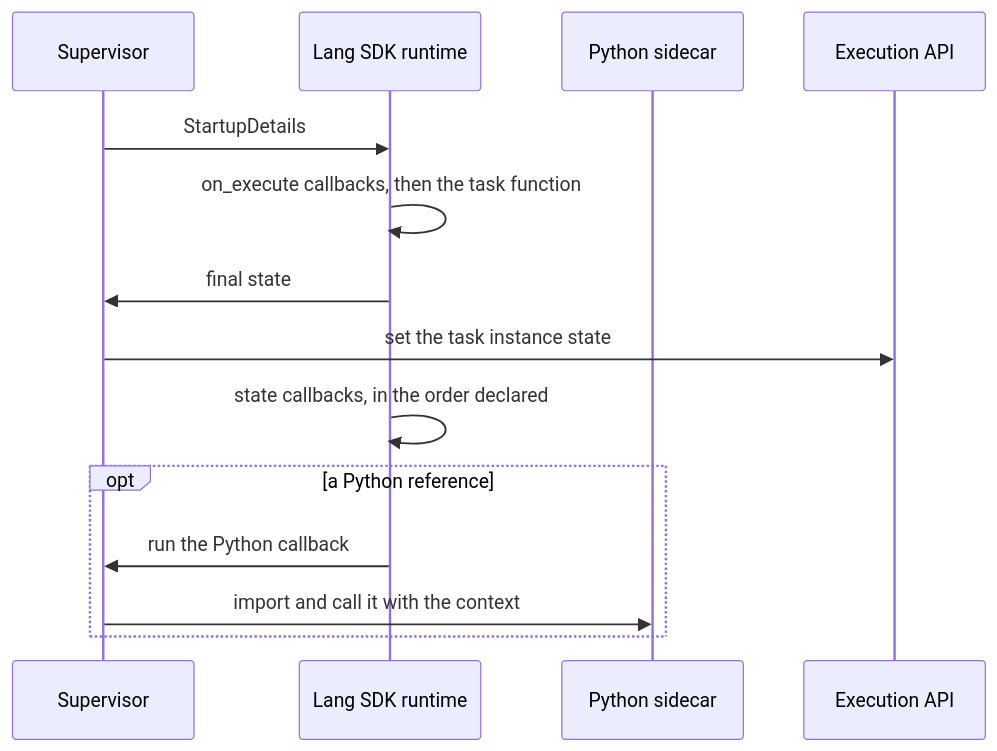
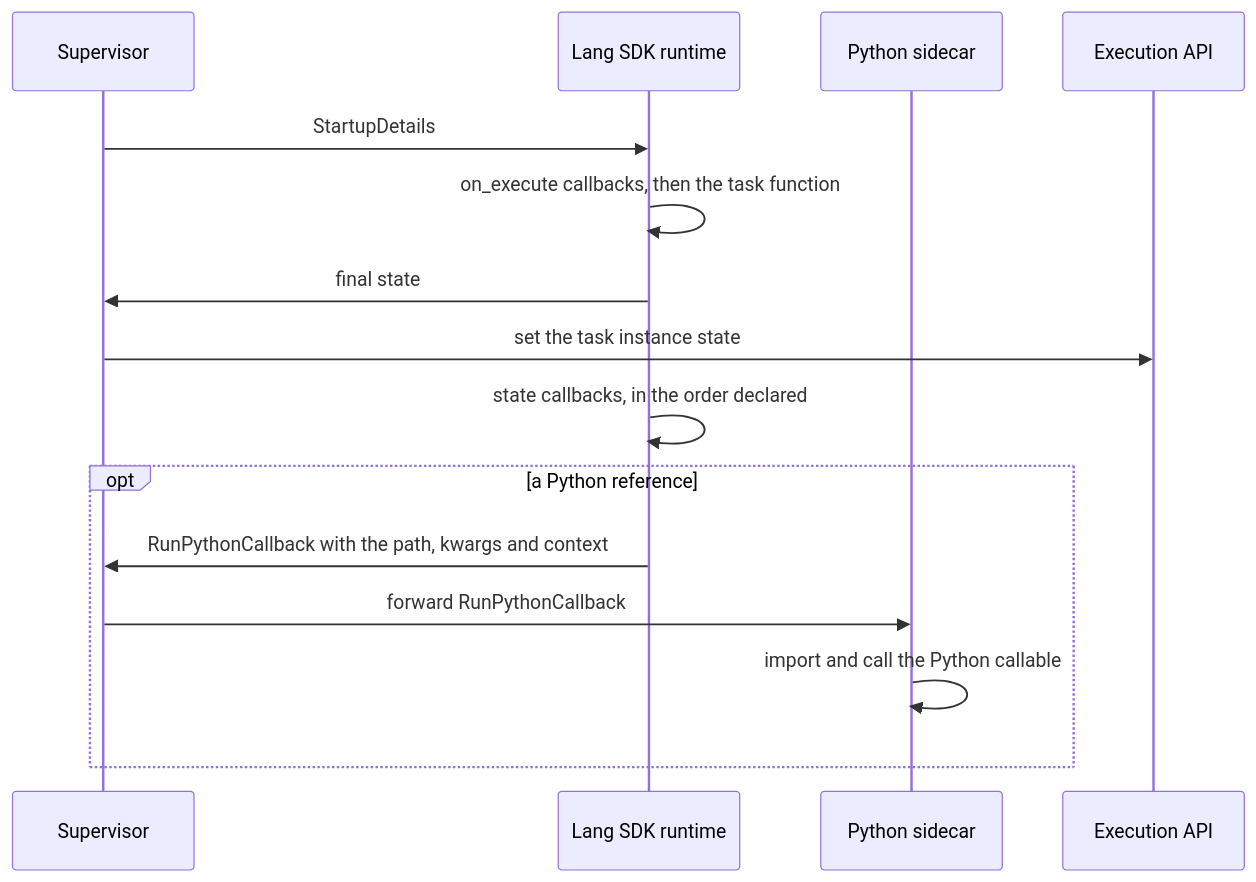
Before and after one commit to jason810496/airflow: the first of 5 diagrams in airflow-core/adr/lang-sdk/0020-callbacks-deadline-alerts-and-listeners-across-lang-sdks.md, drawn with Mermaid. The commit also changed other lines of this file and 3 other files, not shown here.

````diff
--- a/airflow-core/adr/lang-sdk/0020-callbacks-deadline-alerts-and-listeners-across-lang-sdks.md
+++ b/airflow-core/adr/lang-sdk/0020-callbacks-deadline-alerts-and-listeners-across-lang-sdks.md
@@ -103,16 +114,17 @@
 ```mermaid
 sequenceDiagram
     participant SV as Supervisor
     participant RT as Lang SDK runtime
     participant HP as Python sidecar
     participant API as Execution API
     SV->>RT: StartupDetails
     RT->>RT: on_execute callbacks, then the task function
     RT->>SV: final state
     SV->>API: set the task instance state
     RT->>RT: state callbacks, in the order declared
     opt a Python reference
-        RT->>SV: run the Python callback
-        SV->>HP: import and call it with the context
+        RT->>SV: RunPythonCallback with the path, kwargs and context
+        SV->>HP: forward RunPythonCallback
+        HP->>HP: import and call the Python callable
     end
 ```
````
